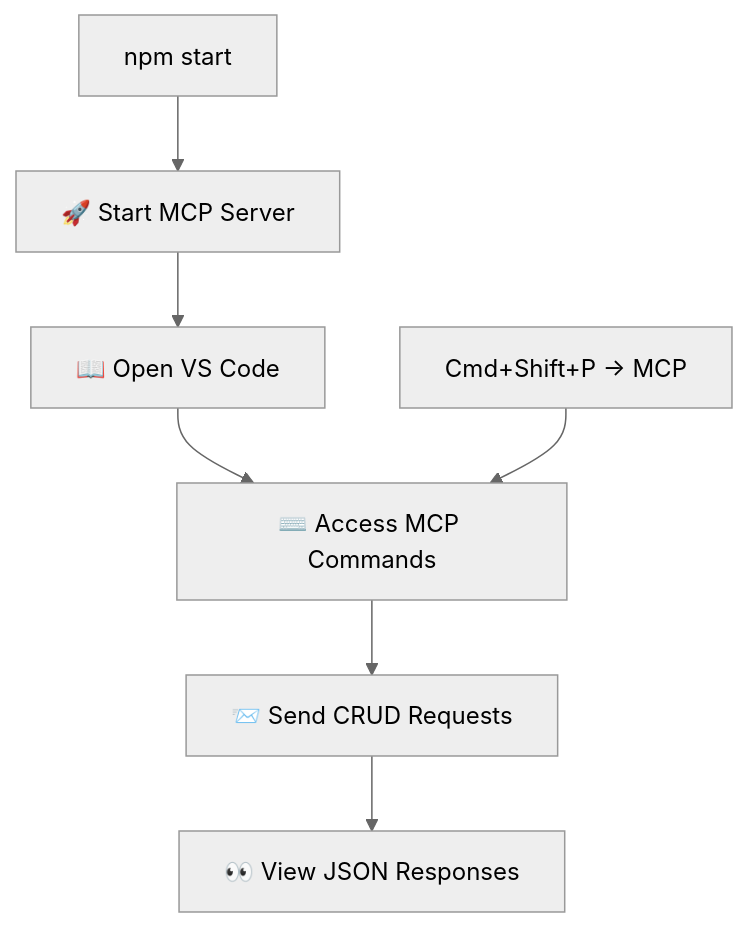
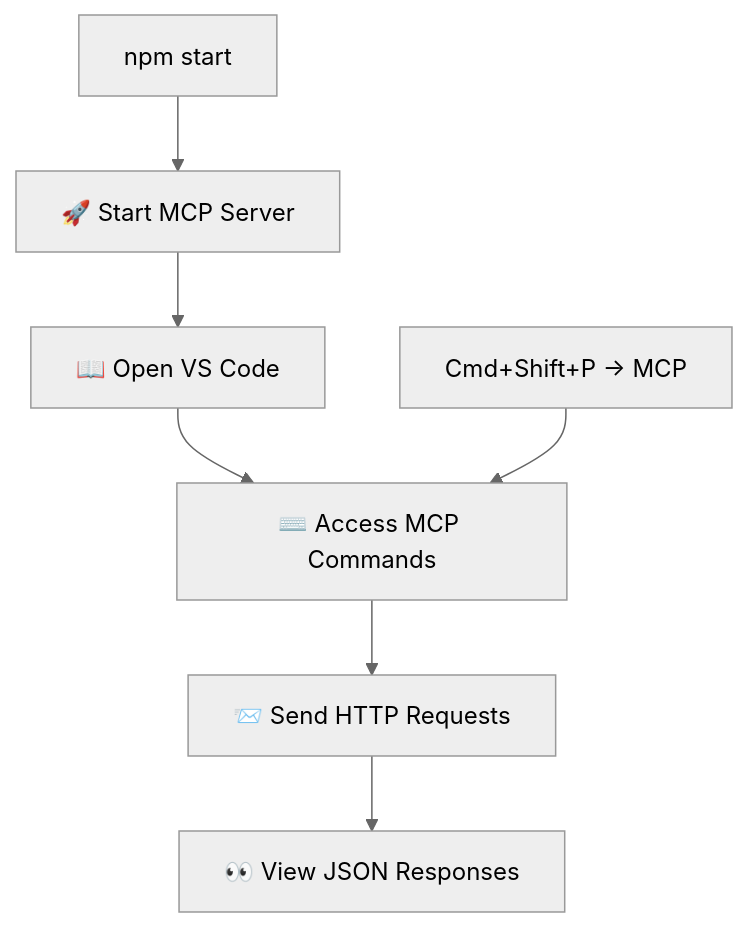
The second of 2 diagrams in README.md (akhshyganesh/MCP-CURL), drawn with Mermaid (neutral theme) before and after one commit. The commit also changed other lines of this file and 7 other files, not shown here.

````diff
--- a/README.md
+++ b/README.md
@@ -403,10 +403,10 @@
 ```mermaid
 graph TD
     A[🚀 Start MCP Server] --> B[📖 Open VS Code]
     B --> C[⌨️ Access MCP Commands]
-    C --> D[📨 Send CRUD Requests]
+    C --> D[📨 Send HTTP Requests]
     D --> E[👀 View JSON Responses]
     
     A1[npm start] --> A
     C1[Cmd+Shift+P → MCP] --> C
 ```
````
